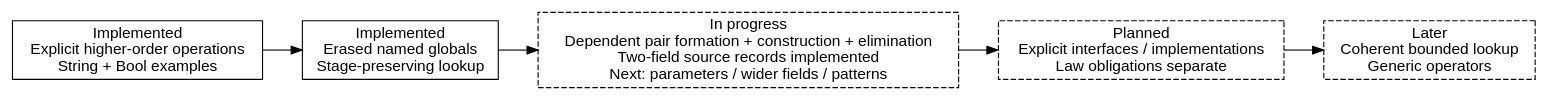
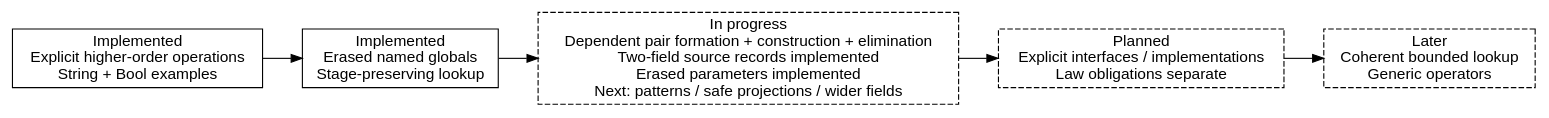
Before and after one commit to odunboye/fibril: the diagram in docs/diagrams/interfaces.dot, drawn with Graphviz. The commit also changed 13 other files, not shown here.

Commit message:
Parameterize checked records with explicit erased telescopes

```diff
--- a/docs/diagrams/interfaces.dot
+++ b/docs/diagrams/interfaces.dot
@@ -1,10 +1,10 @@
 digraph interfaces {
   rankdir=LR;
   node [shape=box, fontname="sans-serif"];
   operations [label="Implemented\nExplicit higher-order operations\nString + Bool examples"];
   staging [label="Implemented\nErased named globals\nStage-preserving lookup"];
-  records [label="In progress\nDependent pair formation + construction + elimination\nTwo-field source records implemented\nNext: parameters / wider fields / patterns", style=dashed];
+  records [label="In progress\nDependent pair formation + construction + elimination\nTwo-field source records implemented\nErased parameters implemented\nNext: patterns / safe projections / wider fields", style=dashed];
   explicit [label="Planned\nExplicit interfaces / implementations\nLaw obligations separate", style=dashed];
   search [label="Later\nCoherent bounded lookup\nGeneric operators", style=dashed];
   operations -> staging -> records -> explicit -> search;
 }
```
